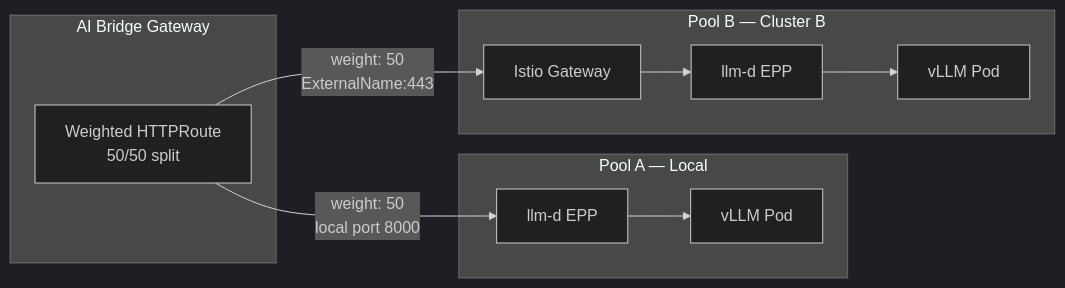
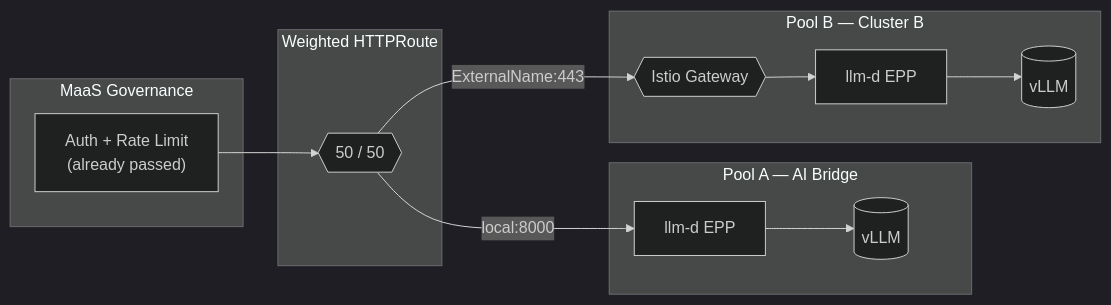
One commit to rrbanda/maas-demo changed the third of 3 diagrams in docs/customer2-demo-narrative.md. Above: the diagram before and after it, drawn with Mermaid (dark theme). The commit also changed other lines of this file, not shown here.

First line of the commit message:
Polish demo narrative: diagrams, log evidence, pre-flight checklist

````diff
--- a/docs/customer2-demo-narrative.md
+++ b/docs/customer2-demo-narrative.md
@@ -99,23 +170,28 @@
 ```mermaid
 flowchart LR
-    subgraph aiBridge ["AI Bridge Gateway"]
-        HTTPRoute["Weighted HTTPRoute<br/>50/50 split"]
+    subgraph gov ["MaaS Governance"]
+        AuthLim["Auth + Rate Limit<br/>(already passed)"]
     end
 
-    subgraph poolA ["Pool A — Local"]
-        LocalEPP["llm-d EPP"]
-        LocalvLLM["vLLM Pod"]
-        LocalEPP --> LocalvLLM
+    subgraph split ["Weighted HTTPRoute"]
+        HR{{"50 / 50"}}
+    end
+
+    subgraph poolA ["Pool A — AI Bridge"]
+        EPP1["llm-d EPP"]
+        vLLM1[("vLLM")]
+        EPP1 --> vLLM1
     end
 
     subgraph poolB ["Pool B — Cluster B"]
-        RemoteGW["Istio Gateway"]
-        RemoteEPP["llm-d EPP"]
-        RemotevLLM["vLLM Pod"]
-        RemoteGW --> RemoteEPP
-        RemoteEPP --> RemotevLLM
+        IST{{"Istio Gateway"}}
+        EPP2["llm-d EPP"]
+        vLLM2[("vLLM")]
+        IST --> EPP2
+        EPP2 --> vLLM2
     end
 
-    HTTPRoute -->|"weight: 50<br/>local port 8000"| LocalEPP
-    HTTPRoute -->|"weight: 50<br/>ExternalName:443"| RemoteGW
+    AuthLim --> HR
+    HR -->|"local:8000"| EPP1
+    HR -->|"ExternalName:443"| IST
 ```
````
